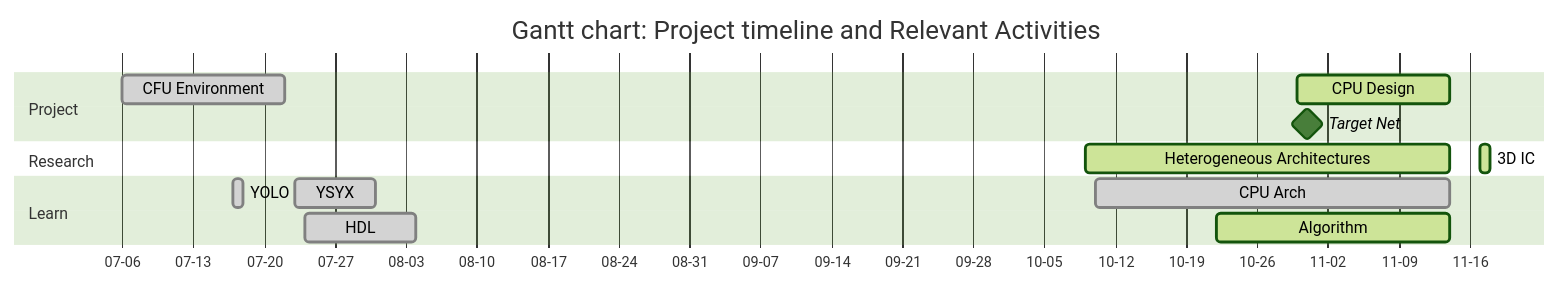
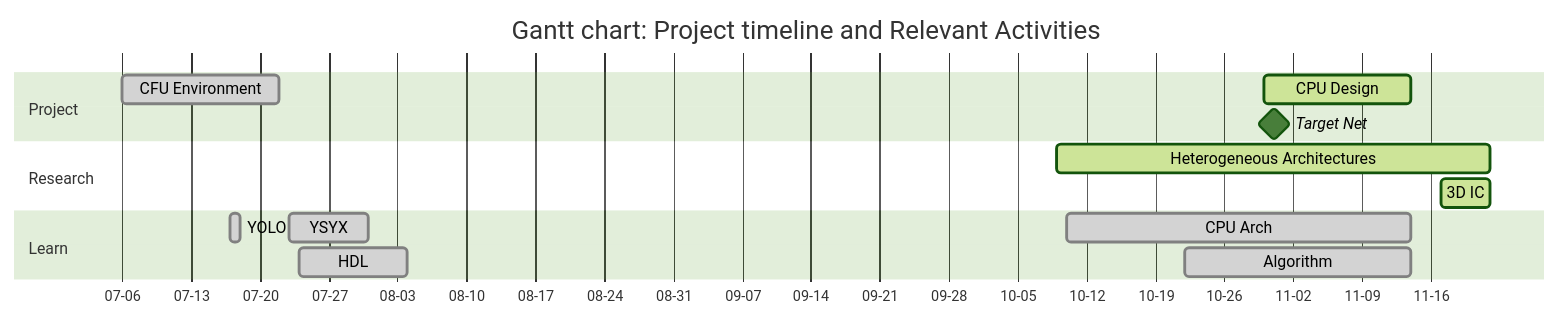
Before and after one commit to Marcobisky/Marcobisky.github.io: the first of 2 diagrams in tinyml/index.qmd, drawn with Mermaid (forest theme). The commit also changed other lines of this file and 13 other files, not shown here.

````diff
--- a/tinyml/index.qmd
+++ b/tinyml/index.qmd
@@ -48,32 +48,32 @@
 ```{mermaid}
 ---
 displayMode: compact
 ---
 %%| label: fig-timeline
 %%| fig-cap: "Gantt Chart"
 %%| fig-width: 10
 %%| fig-height: 6
 
 gantt
     title Gantt chart: Project timeline and Relevant Activities
     dateFormat  YYYY-MM-DD
     axisFormat  %m-%d
     tickInterval 14d
 
     section Project
         CFU Environment :done, 2025-07-06, 2025-07-22
         Target Net :milestone, 2025-10-31, 0d
         CPU Design :active, 2025-10-30, 2025-11-14
 
     section Research
-        Heterogeneous Architectures :active, 2025-10-09, 2025-11-14
-        3D IC :active, 2025-11-17, 2025-11-18
+        Heterogeneous Architectures :active, 2025-10-09, 2025-11-22
+        3D IC :active, 2025-11-17, 2025-11-22
 
     section Learn
         YSYX :done, 2025-07-23, 2025-07-31
         HDL :done, 2025-07-24, 2025-08-04
         YOLO :done, 2025-07-17, 1d
         CPU Arch :done, 2025-10-10, 2025-11-14
-        Algorithm :active, 2025-10-22, 2025-11-14
+        Algorithm :done, 2025-10-22, 2025-11-14
 
 ```
````
